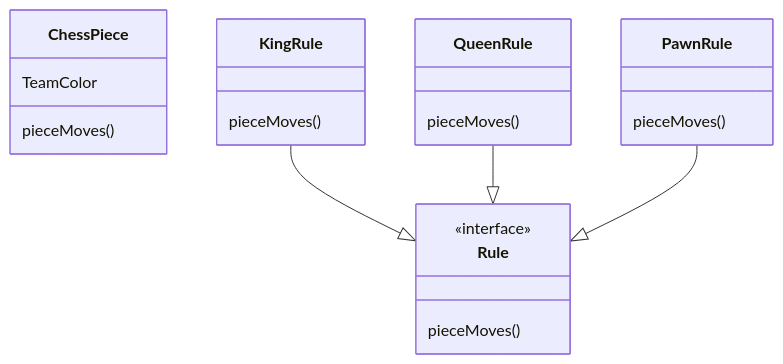
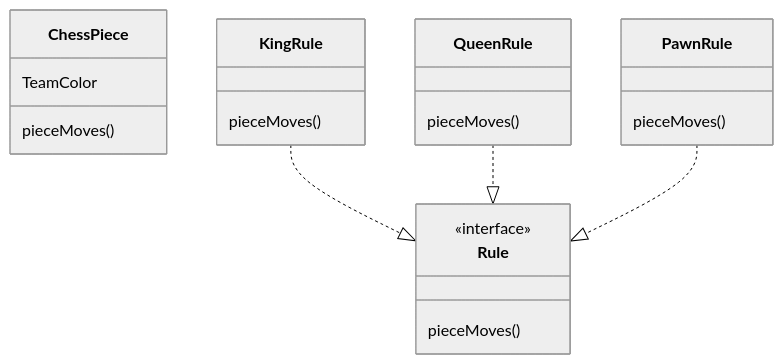
One commit to softwareconstruction240/softwareconstruction changed the third of 4 diagrams in instruction/interfaces-abstract-classes/interfaces-and-abstract-classes.md. Above: the diagram before and after it, drawn with Mermaid. The commit also changed other lines of this file and 153 other files, not shown here.

````diff
--- a/instruction/interfaces-abstract-classes/interfaces-and-abstract-classes.md
+++ b/instruction/interfaces-abstract-classes/interfaces-and-abstract-classes.md
@@ -298,29 +322,30 @@
 ```mermaid
+%%{init: { 'theme': 'neutral', 'themeVariables': { 'lineColor': '#000000', 'primaryTextColor': '#000000', 'actorBorder': '#000000', 'participantBorder': '#000000', 'noteBorderColor': '#000000' } }}%%
+
 classDiagram
 
     class ChessPiece {
         TeamColor
         pieceMoves()
     }
 
-
     class Rule {
         <<interface>>
         pieceMoves()
     }
 
-    KingRule  --|> Rule
-    QueenRule --|>  Rule
-    PawnRule  --|> Rule
+    KingRule  ..|> Rule
+    QueenRule ..|>  Rule
+    PawnRule  ..|> Rule
 
     class KingRule {
         pieceMoves()
     }
     class QueenRule {
         pieceMoves()
     }
 
     class PawnRule {
         pieceMoves()
     }
 ```
````
